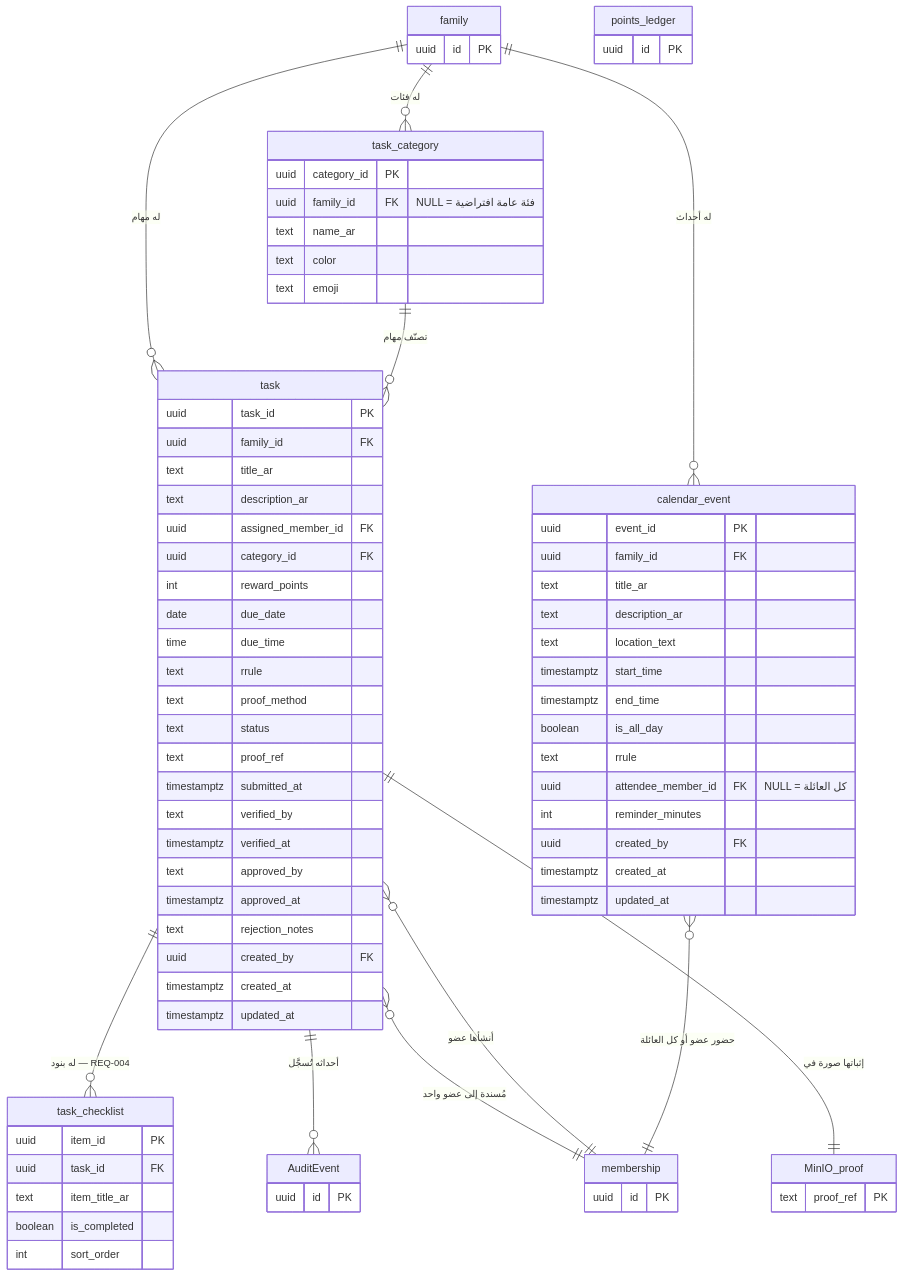
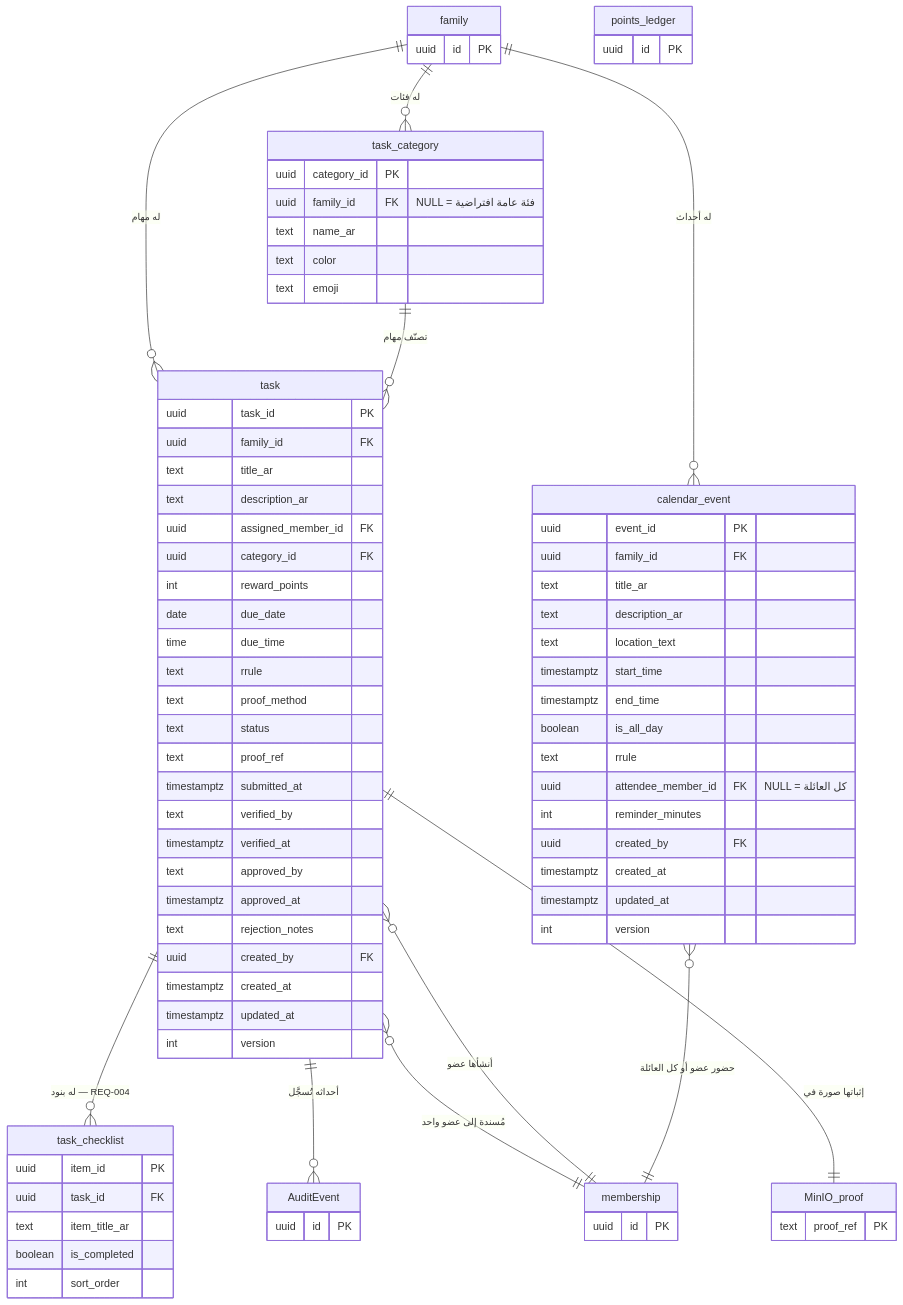
Before and after one commit to Bassam-mohammed-alqaeadi/family-os-v2: the second of 12 diagrams in docs/family-os/governance/phases/phase-1/S1-06-tasks-and-calendar/DIAGRAMS.md, drawn with Mermaid. The commit also changed other lines of this file, not shown here.

Commit message:
S1-06 DIAGRAMS: إصلاحات D-2 — Q-282 تفعيل التكرار صراحةً في 3-هـ؛ version في ERD (task + calendar_event)؛ Q-253 عواقب الإلغاء + فرع إلغاء في §6؛ 3-ب مخزن الإثبات؛ 3-ج بديل الرفض يتفرع من التحقق + اعتماد الأب داخله؛ MinIO --> UC5؛ أوسمة REQ-003/011/012/013

```diff
--- a/docs/family-os/governance/phases/phase-1/S1-06-tasks-and-calendar/DIAGRAMS.md
+++ b/docs/family-os/governance/phases/phase-1/S1-06-tasks-and-calendar/DIAGRAMS.md
@@ -120,6 +120,7 @@
         uuid created_by FK
         timestamptz created_at
         timestamptz updated_at
+        int version
     }
     %% REQ-004: بنود قائمة فحص فرعية
     task_checklist {
@@ -151,6 +152,7 @@
         uuid created_by FK
         timestamptz created_at
         timestamptz updated_at
+        int version
     }
     family {
         uuid id PK
```
